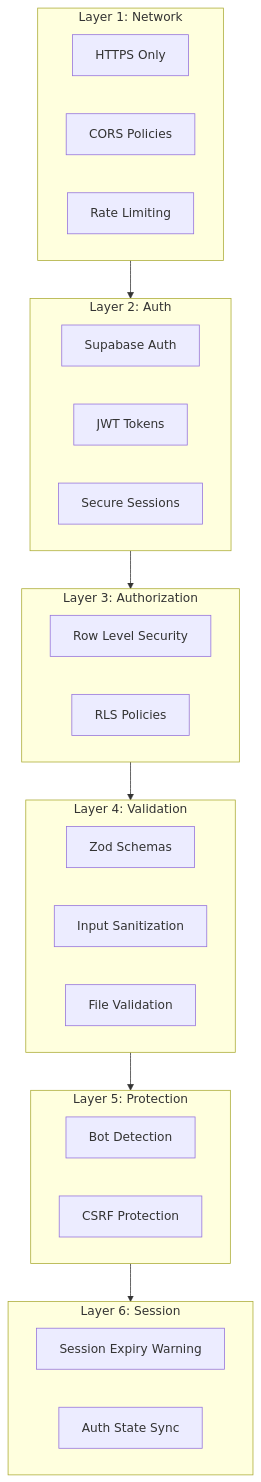
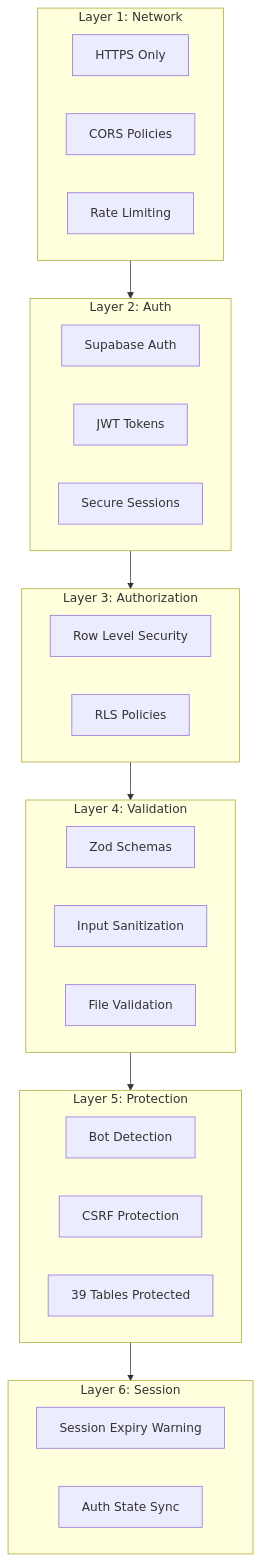
One commit to affanahmer/collabryx changed diagram 14 of 15 in docs/02-architecture/diagrams.md. Above: the diagram before and after it, drawn with Mermaid. The commit also changed other lines of this file and 20 other files, not shown here.

Commit message:
📝 docs: reorganize diagrams and update docs with live Supabase schema

````diff
--- a/docs/02-architecture/diagrams.md
+++ b/docs/02-architecture/diagrams.md
@@ -622,41 +630,42 @@
 ```mermaid
 graph TB
     subgraph L1["Layer 1: Network"]
         HTTPS[HTTPS Only]
         CORS[CORS Policies]
         RateLimit[Rate Limiting]
     end
     
     subgraph L2["Layer 2: Auth"]
         SupabaseAuth[Supabase Auth]
         JWT[JWT Tokens]
         Sessions[Secure Sessions]
     end
     
     subgraph L3["Layer 3: Authorization"]
         RLS[Row Level Security]
         Policies[RLS Policies]
     end
     
     subgraph L4["Layer 4: Validation"]
         Zod[Zod Schemas]
         Sanitize[Input Sanitization]
         FileType[File Validation]
     end
     
     subgraph L5["Layer 5: Protection"]
         BotDetect[Bot Detection]
         CSRF[CSRF Protection]
+        Tables39[39 Tables Protected]
     end
 
     subgraph L6["Layer 6: Session"]
         SessionExpiry[Session Expiry Warning]
         AuthSync[Auth State Sync]
     end
     
     L1 --> L2
     L2 --> L3
     L3 --> L4
     L4 --> L5
     L5 --> L6
 ```
````
